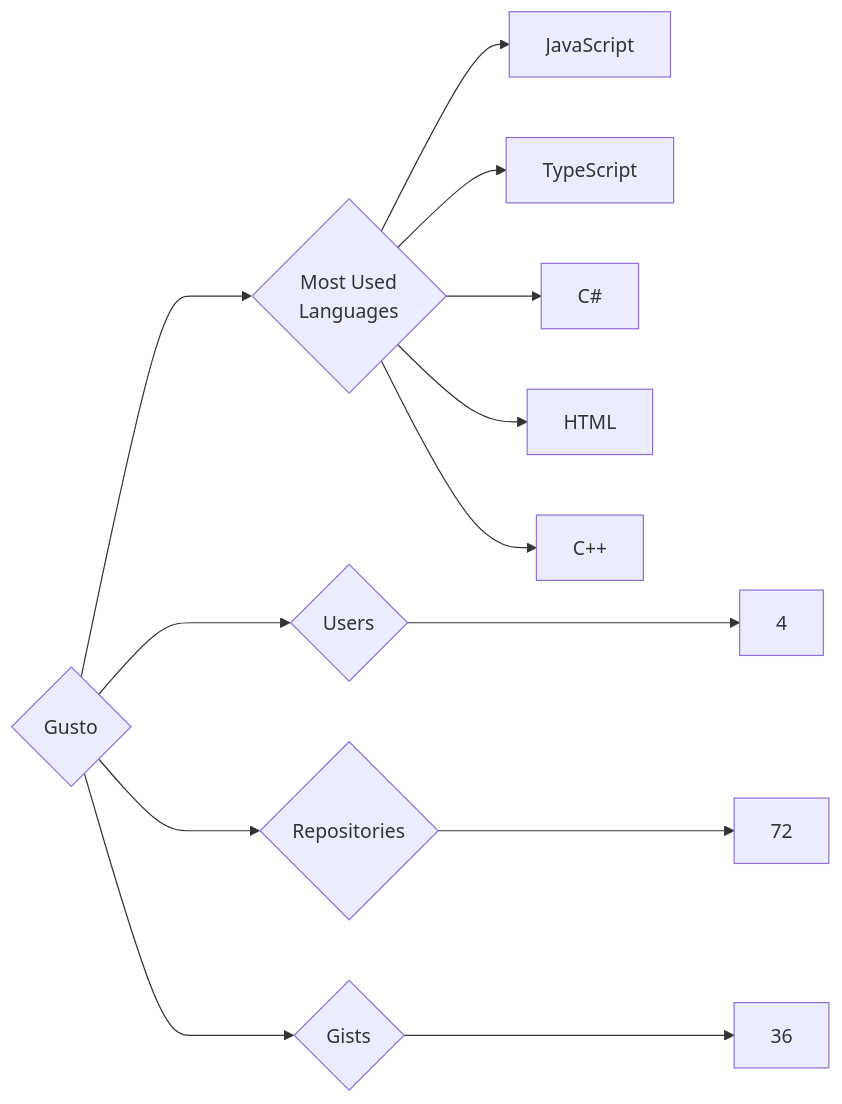
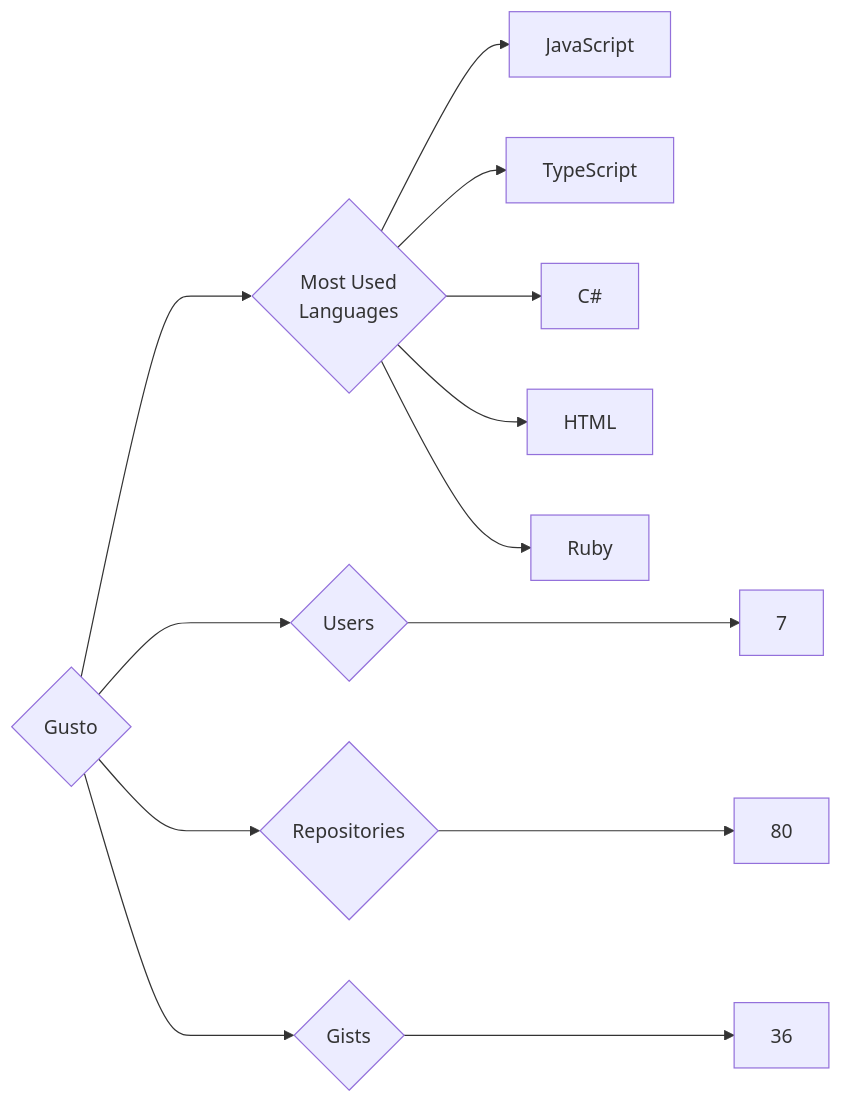
Before and after one commit to trickest/insiders: the diagram in targets/Gusto/README.md, drawn with Mermaid. The commit also changed 786 other files, not shown here.

````diff
--- a/targets/Gusto/README.md
+++ b/targets/Gusto/README.md
@@ -3,13 +3,13 @@
 ```mermaid
 graph LR
 COMPANY_NAME{Gusto}
-COMPANY_NAME ---> U{Users} ---> UN[4]
-COMPANY_NAME ---> R{Repositories} ---> RN[72]
+COMPANY_NAME ---> U{Users} ---> UN[7]
+COMPANY_NAME ---> R{Repositories} ---> RN[80]
 COMPANY_NAME ---> G{Gists} ---> GN[36]
 COMPANY_NAME ---> ML{Most Used<br>Languages}
 ML --> JavaScript[JavaScript]
 ML --> TypeScript[TypeScript]
 ML --> C#[C#]
 ML --> HTML[HTML]
-ML --> C++[C++]
+ML --> Ruby[Ruby]
 ```
````
